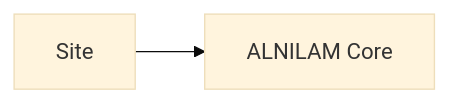
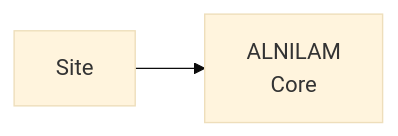
Before and after one commit to Skyline-Gazer/ALNILAM: the diagram in sites/demo/content/posts/en/markdown-and-mdx.mdx, drawn with Mermaid (base theme). The commit also changed 16 other files, not shown here.

````diff
--- a/sites/demo/content/posts/en/markdown-and-mdx.mdx
+++ b/sites/demo/content/posts/en/markdown-and-mdx.mdx
@@ -71,4 +71,4 @@
 ```mermaid
 flowchart LR
-  Site --> Core[ALNILAM Core]
+  Site --> Core["ALNILAM<br>Core"]
 ```
````
